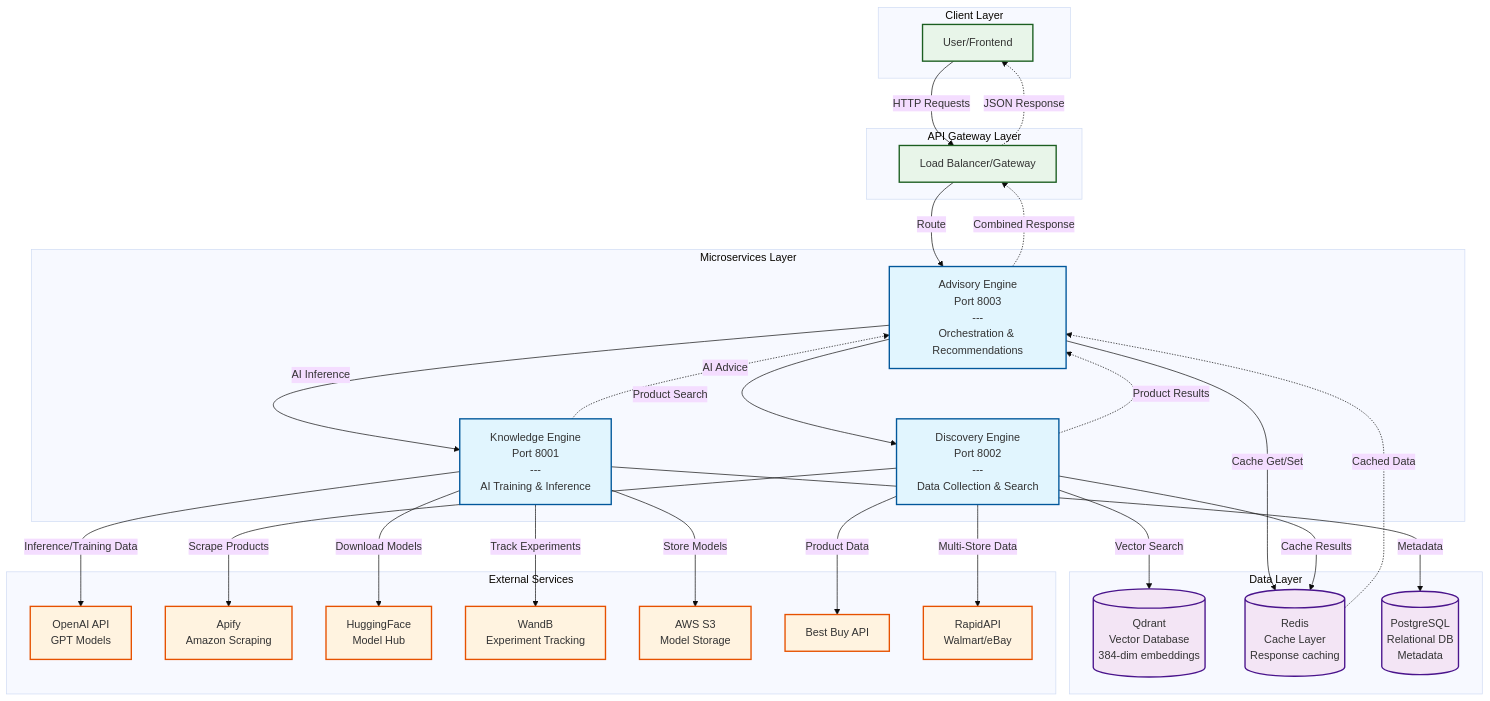
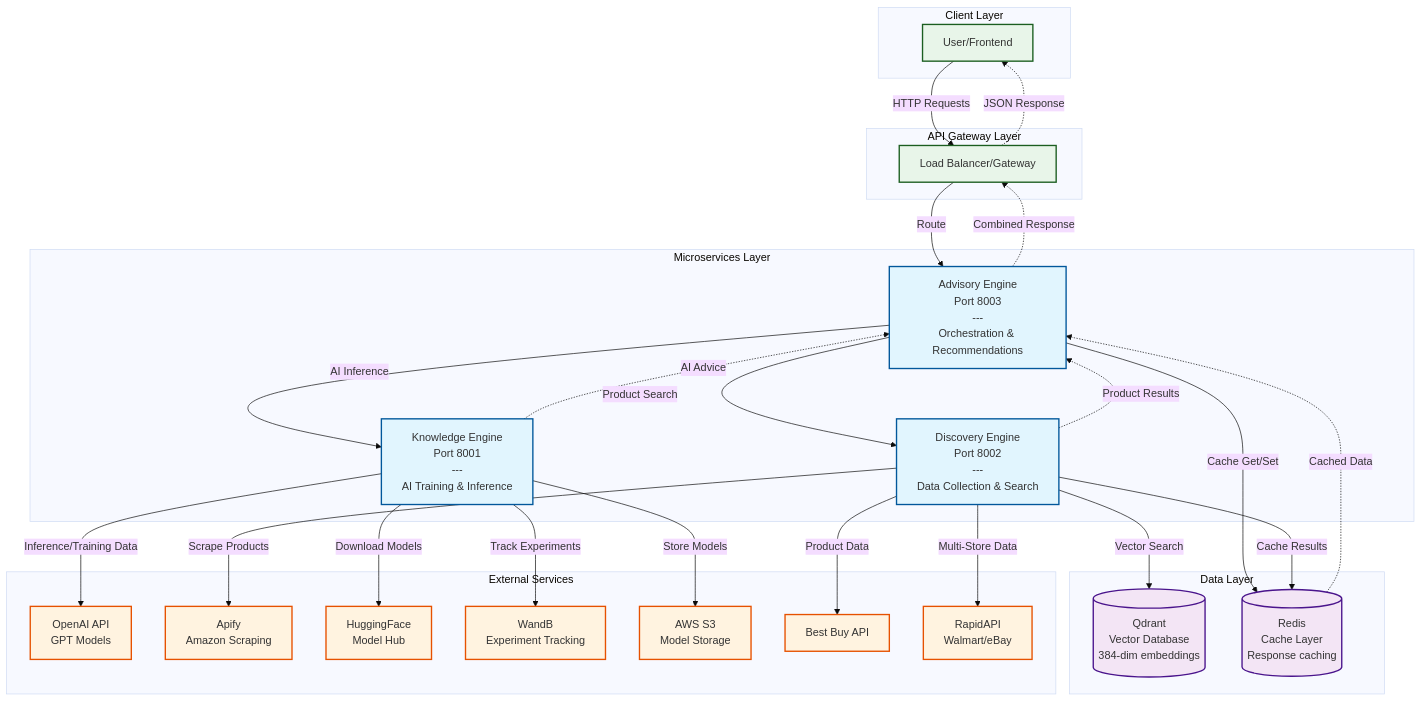
Before and after one commit to Yasserelhaddar/ShopSense-AI: the diagram in README.md, drawn with Mermaid (base theme). The commit also changed other lines of this file and 2 other files, not shown here.

First line of the commit message:
refactor: remove unused PostgreSQL service and references

````diff
--- a/README.md
+++ b/README.md
@@ -30,73 +30,71 @@
 ```mermaid
 graph TB
     subgraph "Client Layer"
         User[User/Frontend]
     end
 
     subgraph "API Gateway Layer"
         Gateway[Load Balancer/Gateway]
     end
 
     subgraph "Microservices Layer"
         Advisory[Advisory Engine<br/>Port 8003<br/>---<br/>Orchestration & Recommendations]
         Discovery[Discovery Engine<br/>Port 8002<br/>---<br/>Data Collection & Search]
         Knowledge[Knowledge Engine<br/>Port 8001<br/>---<br/>AI Training & Inference]
     end
 
     subgraph "Data Layer"
         Qdrant[(Qdrant<br/>Vector Database<br/>384-dim embeddings)]
         Redis[(Redis<br/>Cache Layer<br/>Response caching)]
-        Postgres[(PostgreSQL<br/>Relational DB<br/>Metadata)]
     end
 
     subgraph "External Services"
         OpenAI[OpenAI API<br/>GPT Models]
         Apify[Apify<br/>Amazon Scraping]
         HuggingFace[HuggingFace<br/>Model Hub]
         WandB[WandB<br/>Experiment Tracking]
         S3[AWS S3<br/>Model Storage]
         BestBuy[Best Buy API]
         RapidAPI[RapidAPI<br/>Walmart/eBay]
     end
 
     %% User Flow
     User -->|HTTP Requests| Gateway
     Gateway -->|Route| Advisory
 
     %% Advisory Engine Connections
     Advisory -->|Product Search| Discovery
     Advisory -->|AI Inference| Knowledge
     Advisory -->|Cache Get/Set| Redis
 
     %% Discovery Engine Connections
     Discovery -->|Vector Search| Qdrant
     Discovery -->|Scrape Products| Apify
     Discovery -->|Product Data| BestBuy
     Discovery -->|Multi-Store Data| RapidAPI
     Discovery -->|Cache Results| Redis
 
     %% Knowledge Engine Connections
     Knowledge -->|Inference/Training Data| OpenAI
     Knowledge -->|Download Models| HuggingFace
     Knowledge -->|Track Experiments| WandB
     Knowledge -->|Store Models| S3
-    Knowledge -->|Metadata| Postgres
 
     %% Response Flow
     Discovery -.->|Product Results| Advisory
     Knowledge -.->|AI Advice| Advisory
     Redis -.->|Cached Data| Advisory
     Advisory -.->|Combined Response| Gateway
     Gateway -.->|JSON Response| User
 
     %% Styling
     classDef serviceStyle fill:#e1f5fe,stroke:#01579b,stroke-width:2px
     classDef dbStyle fill:#f3e5f5,stroke:#4a148c,stroke-width:2px
     classDef externalStyle fill:#fff3e0,stroke:#e65100,stroke-width:2px
     classDef userStyle fill:#e8f5e9,stroke:#1b5e20,stroke-width:2px
 
     class Advisory,Discovery,Knowledge serviceStyle
-    class Qdrant,Redis,Postgres dbStyle
+    class Qdrant,Redis dbStyle
     class OpenAI,Apify,HuggingFace,WandB,S3,BestBuy,RapidAPI externalStyle
     class User,Gateway userStyle
 ```
````
